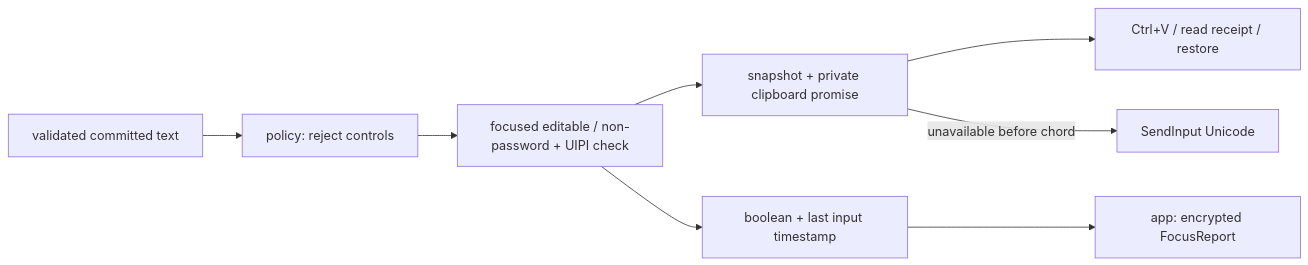
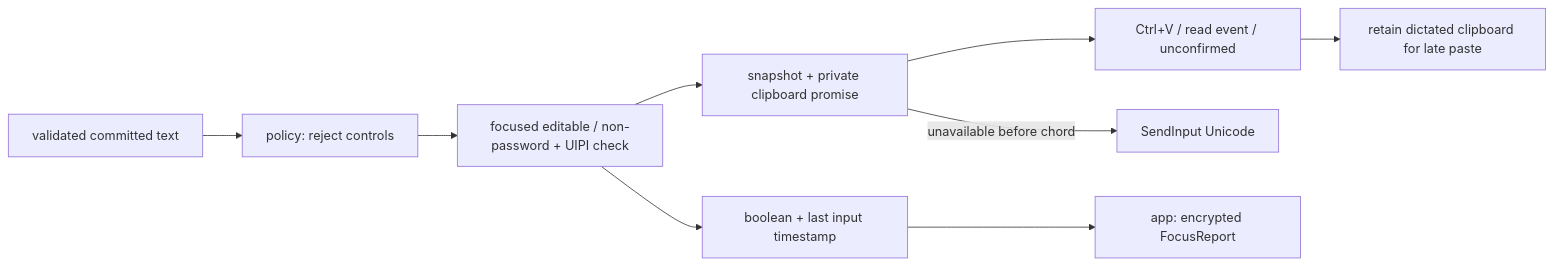
The diagram in SW/desktop/crates/inject-windows/README.md (Harwasch/voiceremote), drawn with Mermaid before and after one commit. The commit also changed other lines of this file and 27 other files, not shown here.

````diff
--- a/SW/desktop/crates/inject-windows/README.md
+++ b/SW/desktop/crates/inject-windows/README.md
@@ -1,10 +1,11 @@
 ```mermaid
 flowchart LR
     Core[validated committed text] --> Guard[policy: reject controls]
     Guard --> UIA[focused editable / non-password + UIPI check]
     UIA --> Clip[snapshot + private clipboard promise]
-    Clip --> Paste[Ctrl+V / read receipt / restore]
+    Clip --> Paste[Ctrl+V / read event / unconfirmed]
+    Paste --> Keep[retain dictated clipboard for late paste]
     Clip -->|unavailable before chord| Unicode[SendInput Unicode]
     UIA --> Focus[boolean + last input timestamp]
     Focus --> Session[app: encrypted FocusReport]
 ```
````
